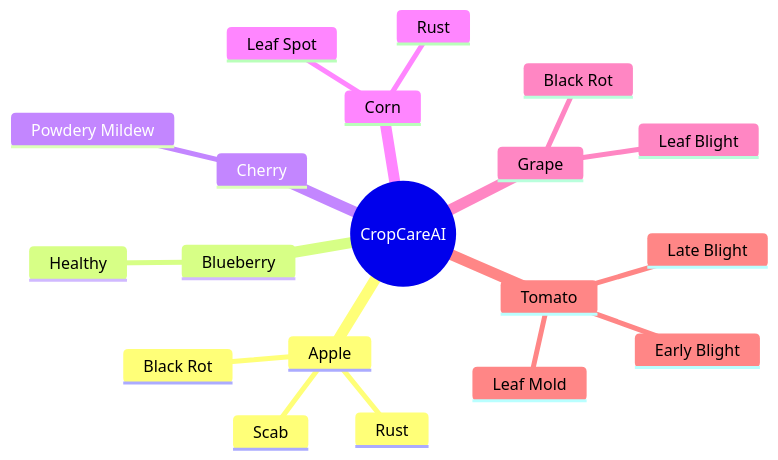
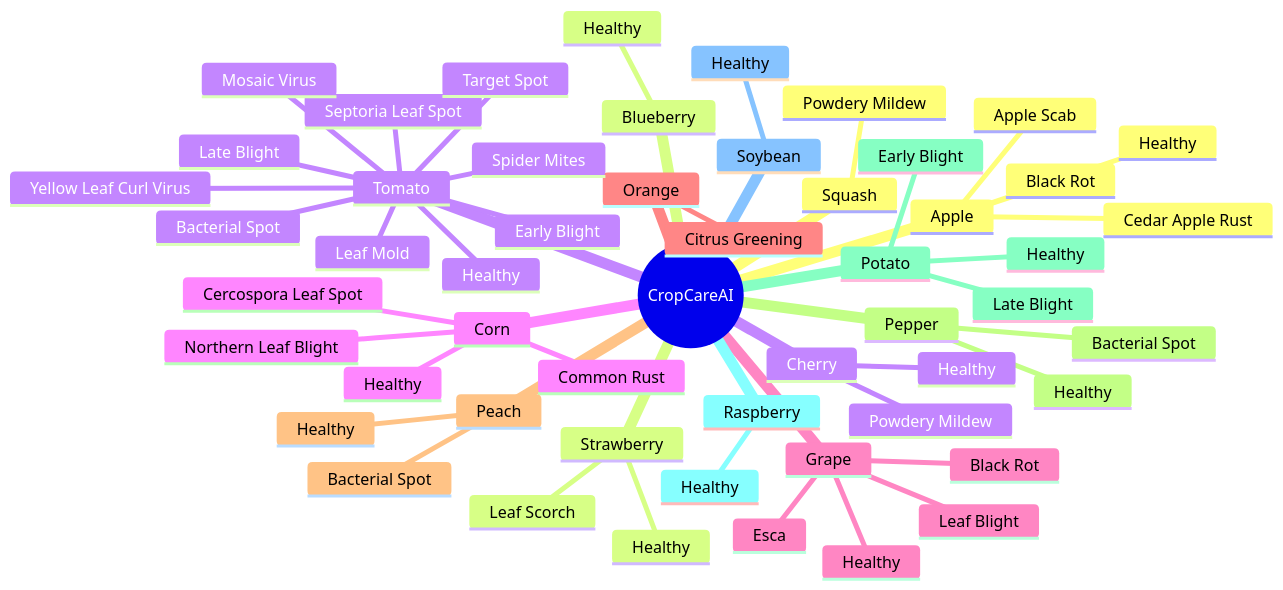
Before and after one commit to RajaMahanty/crop-care-ai: the second of 13 diagrams in README.md, drawn with Mermaid. The commit also changed other lines of this file, not shown here.

````diff
--- a/README.md
+++ b/README.md
@@ -37,22 +37,56 @@
 ```mermaid
 mindmap
   root((CropCareAI))
     Apple
-      Scab
+      Apple Scab
       Black Rot
-      Rust
+      Cedar Apple Rust
+      Healthy
     Blueberry
       Healthy
     Cherry
       Powdery Mildew
+      Healthy
     Corn
-      Leaf Spot
-      Rust
+      Cercospora Leaf Spot
+      Common Rust
+      Northern Leaf Blight
+      Healthy
     Grape
       Black Rot
+      Esca
       Leaf Blight
+      Healthy
+    Orange
+      Citrus Greening
+    Peach
+      Bacterial Spot
+      Healthy
+    Pepper
+      Bacterial Spot
+      Healthy
+    Potato
+      Early Blight
+      Late Blight
+      Healthy
+    Raspberry
+      Healthy
+    Soybean
+      Healthy
+    Squash
+      Powdery Mildew
+    Strawberry
+      Leaf Scorch
+      Healthy
     Tomato
+      Bacterial Spot
       Early Blight
       Late Blight
       Leaf Mold
+      Septoria Leaf Spot
+      Spider Mites
+      Target Spot
+      Yellow Leaf Curl Virus
+      Mosaic Virus
+      Healthy
 ```
````
